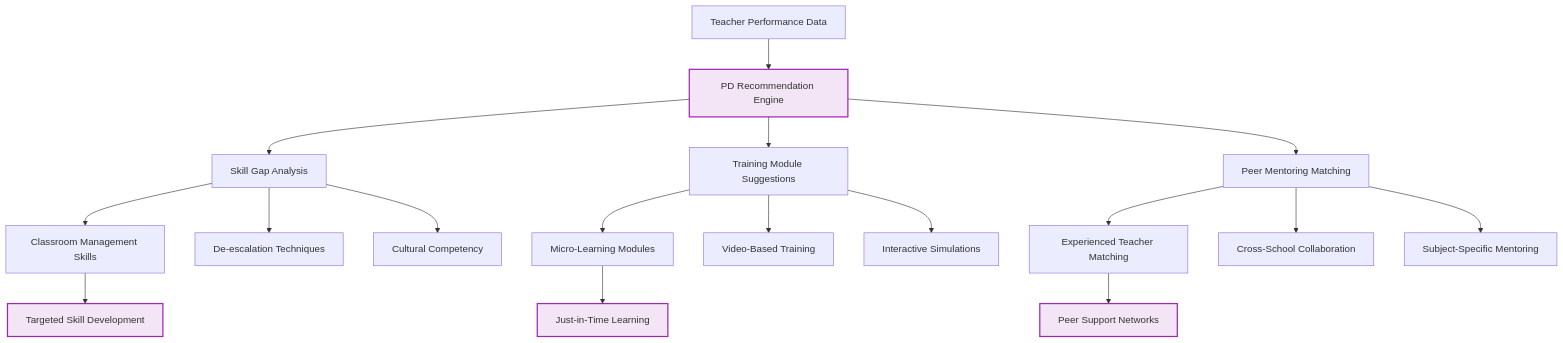
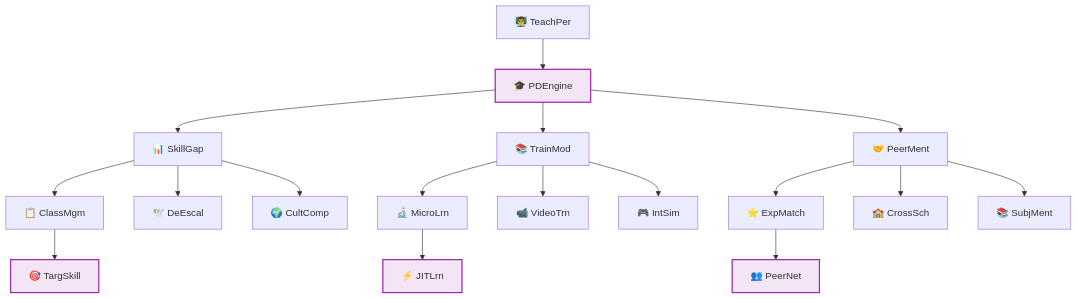
The fifth of 6 diagrams in docs/flowcharts/Future-Vision/11-system-integration-architecture.md (Splurfa/bx-os), drawn with Mermaid before and after one commit. The commit also changed other lines of this file and 4 other files, not shown here.

Commit message:
Fix all flowchart text cutoff

````diff
--- a/docs/flowcharts/Future-Vision/11-system-integration-architecture.md
+++ b/docs/flowcharts/Future-Vision/11-system-integration-architecture.md
@@ -133,28 +210,28 @@
 ```mermaid
 flowchart TD
-    A[Teacher Performance Data] --> B[PD Recommendation Engine]
-    B --> C[Skill Gap Analysis]
-    B --> D[Training Module Suggestions]
-    B --> E[Peer Mentoring Matching]
+    A[👨‍🏫 TeachPer] --> B[🎓 PDEngine]
+    B --> C[📊 SkillGap]
+    B --> D[📚 TrainMod]
+    B --> E[🤝 PeerMent]
     
-    C --> F[Classroom Management Skills]
-    C --> G[De-escalation Techniques]
-    C --> H[Cultural Competency]
+    C --> F[📋 ClassMgm]
+    C --> G[🕊️ DeEscal]
+    C --> H[🌍 CultComp]
     
-    D --> I[Micro-Learning Modules]
-    D --> J[Video-Based Training]
-    D --> K[Interactive Simulations]
+    D --> I[🔬 MicroLrn]
+    D --> J[📹 VideoTrn]
+    D --> K[🎮 IntSim]
     
-    E --> L[Experienced Teacher Matching]
-    E --> M[Cross-School Collaboration]
-    E --> N[Subject-Specific Mentoring]
+    E --> L[⭐ ExpMatch]
+    E --> M[🏫 CrossSch]
+    E --> N[📚 SubjMent]
     
-    F --> O[Targeted Skill Development]
-    I --> P[Just-in-Time Learning]
-    L --> Q[Peer Support Networks]
+    F --> O[🎯 TargSkill]
+    I --> P[⚡ JITLrn]
+    L --> Q[👥 PeerNet]
     
     style B fill:#f3e5f5,stroke:#9c27b0,stroke-width:2px
     style O fill:#f3e5f5,stroke:#9c27b0,stroke-width:2px
     style P fill:#f3e5f5,stroke:#9c27b0,stroke-width:2px
     style Q fill:#f3e5f5,stroke:#9c27b0,stroke-width:2px
 ```
````
